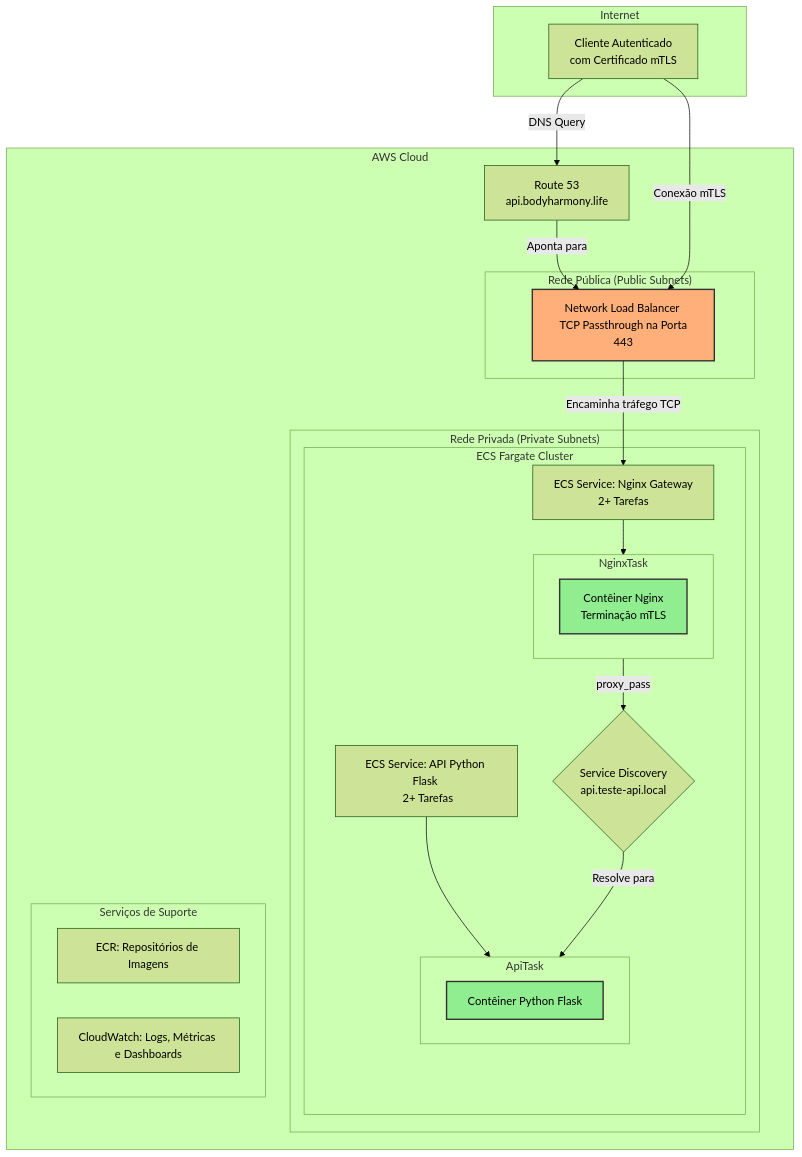
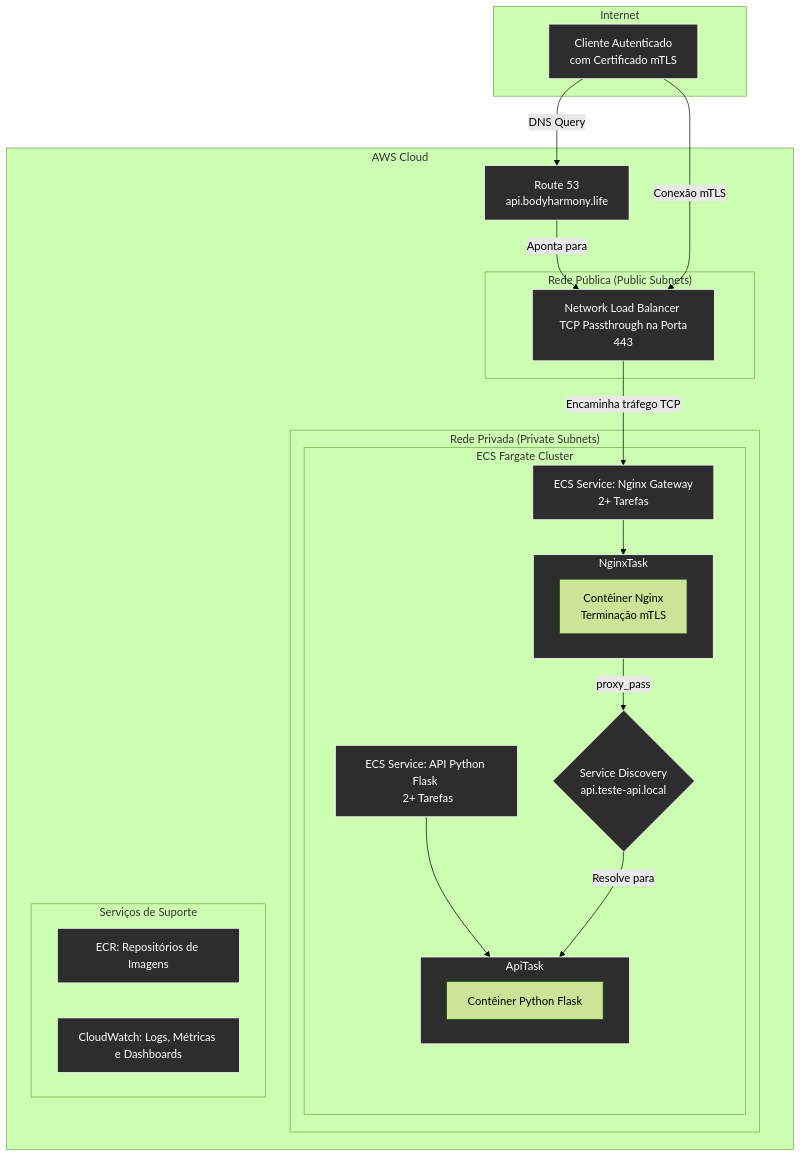
Before and after one commit to xsysyphus/devops-interview: the diagram in DOCUMENTACAO_TECNICA_REVISADA.md, drawn with Mermaid (forest theme).

Commit message:
fix: Ajusta cores do diagrama de arquitetura

````diff
--- a/DOCUMENTACAO_TECNICA_REVISADA.md
+++ b/DOCUMENTACAO_TECNICA_REVISADA.md
@@ -56,50 +56,57 @@
 ```mermaid
 graph TD
     subgraph "Internet"
         Client[Cliente Autenticado <br> com Certificado mTLS]
     end
 
     subgraph "AWS Cloud"
         Route53[Route 53 <br> api.bodyharmony.life]
 
         subgraph "Rede Pública (Public Subnets)"
             NLB[Network Load Balancer <br> TCP Passthrough na Porta 443]
         end
 
         subgraph "Rede Privada (Private Subnets)"
             subgraph "ECS Fargate Cluster"
                 NginxService[ECS Service: Nginx Gateway <br> 2+ Tarefas]
                 ApiService[ECS Service: API Python Flask <br> 2+ Tarefas]
                 
                 NginxTask[Tarefa Fargate: Nginx] -- proxy_pass --> ServiceDiscovery{Service Discovery <br> api.teste-api.local}
                 ApiTask[Tarefa Fargate: API]
 
                 subgraph NginxTask
                     NginxContainer[Contêiner Nginx <br> Terminação mTLS]
                 end
                 
                 subgraph ApiTask
                     ApiContainer[Contêiner Python Flask]
                 end
 
                 NginxService --> NginxTask
                 ApiService --> ApiTask
             end
         end
 
         subgraph "Serviços de Suporte"
             ECR[ECR: Repositórios de Imagens]
             CloudWatch[CloudWatch: Logs, Métricas e Dashboards]
         end
     end
 
     Client -- DNS Query --> Route53
     Route53 -- Aponta para --> NLB
     Client -- Conexão mTLS --> NLB
     NLB -- Encaminha tráfego TCP --> NginxService
     ServiceDiscovery -- Resolve para --> ApiTask
 
-    style NLB fill:#ffaf7a,stroke:#333,stroke-width:2px
-    style NginxContainer fill:#90ee90,stroke:#333,stroke-width:2px
-    style ApiContainer fill:#90ee90,stroke:#333,stroke-width:2px
+    style Client fill:#2D2D2D,stroke:#FFFFFF,color:#FFFFFF
+    style Route53 fill:#2D2D2D,stroke:#FFFFFF,color:#FFFFFF
+    style NLB fill:#2D2D2D,stroke:#FFFFFF,color:#FFFFFF
+    style NginxService fill:#2D2D2D,stroke:#FFFFFF,color:#FFFFFF
+    style ApiService fill:#2D2D2D,stroke:#FFFFFF,color:#FFFFFF
+    style NginxTask fill:#2D2D2D,stroke:#FFFFFF,color:#FFFFFF
+    style ApiTask fill:#2D2D2D,stroke:#FFFFFF,color:#FFFFFF
+    style ServiceDiscovery fill:#2D2D2D,stroke:#FFFFFF,color:#FFFFFF
+    style ECR fill:#2D2D2D,stroke:#FFFFFF,color:#FFFFFF
+    style CloudWatch fill:#2D2D2D,stroke:#FFFFFF,color:#FFFFFF
 ```
````
